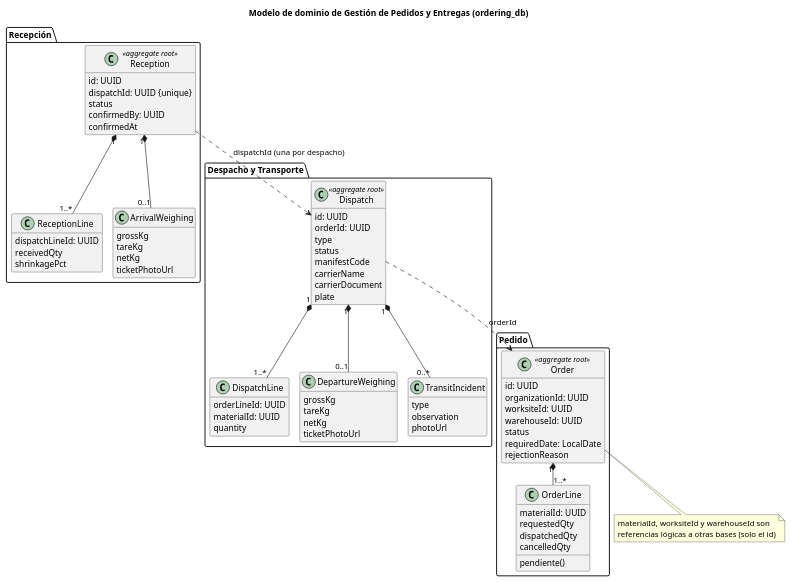
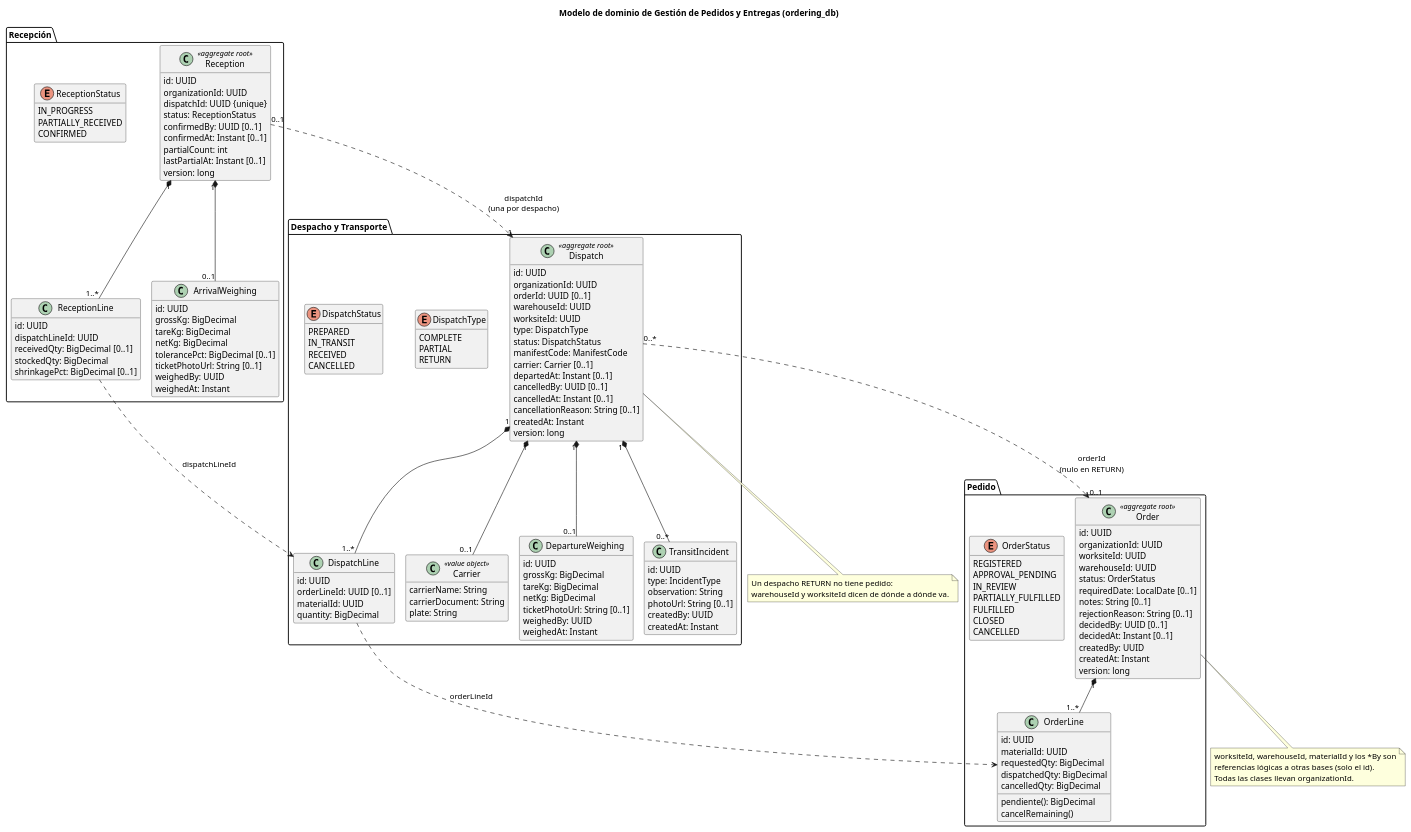
The diagram in docs/report-figures/src/24-modelo-dominio-pedidos.puml (upc-pre-202620-1asi0657-9222-BobBuilder/buildshield-platform), drawn with PlantUML before and after one commit. The commit also changed 1 other file, not shown here.

Commit message:
docs(report-figures): align ordering domain model with corrected erd

```diff
--- a/docs/report-figures/src/24-modelo-dominio-pedidos.puml
+++ b/docs/report-figures/src/24-modelo-dominio-pedidos.puml
@@ -1,82 +1,148 @@
 @startuml 24-modelo-dominio-pedidos
 !pragma layout smetana
 skinparam defaultFontName Arial
 skinparam classAttributeIconSize 0
 hide empty members
 title Modelo de dominio de Gestión de Pedidos y Entregas (ordering_db)
 package "Pedido" {
   class Order <<aggregate root>> {
     id: UUID
     organizationId: UUID
     worksiteId: UUID
     warehouseId: UUID
-    status
-    requiredDate: LocalDate
-    rejectionReason
+    status: OrderStatus
+    requiredDate: LocalDate [0..1]
+    notes: String [0..1]
+    rejectionReason: String [0..1]
+    decidedBy: UUID [0..1]
+    decidedAt: Instant [0..1]
+    createdBy: UUID
+    createdAt: Instant
+    version: long
   }
   class OrderLine {
+    id: UUID
     materialId: UUID
-    requestedQty
-    dispatchedQty
-    cancelledQty
-    pendiente()
+    requestedQty: BigDecimal
+    dispatchedQty: BigDecimal
+    cancelledQty: BigDecimal
+    pendiente(): BigDecimal
+    cancelRemaining()
+  }
+  enum OrderStatus {
+    REGISTERED
+    APPROVAL_PENDING
+    IN_REVIEW
+    PARTIALLY_FULFILLED
+    FULFILLED
+    CLOSED
+    CANCELLED
   }
 }
 package "Despacho y Transporte" {
   class Dispatch <<aggregate root>> {
     id: UUID
-    orderId: UUID
-    type
-    status
-    manifestCode
-    carrierName
-    carrierDocument
-    plate
+    organizationId: UUID
+    orderId: UUID [0..1]
+    warehouseId: UUID
+    worksiteId: UUID
+    type: DispatchType
+    status: DispatchStatus
+    manifestCode: ManifestCode
+    carrier: Carrier [0..1]
+    departedAt: Instant [0..1]
+    cancelledBy: UUID [0..1]
+    cancelledAt: Instant [0..1]
+    cancellationReason: String [0..1]
+    createdAt: Instant
+    version: long
+  }
+  class Carrier <<value object>> {
+    carrierName: String
+    carrierDocument: String
+    plate: String
   }
   class DispatchLine {
-    orderLineId: UUID
+    id: UUID
+    orderLineId: UUID [0..1]
     materialId: UUID
-    quantity
+    quantity: BigDecimal
   }
   class DepartureWeighing {
-    grossKg
-    tareKg
-    netKg
-    ticketPhotoUrl
+    id: UUID
+    grossKg: BigDecimal
+    tareKg: BigDecimal
+    netKg: BigDecimal
+    ticketPhotoUrl: String [0..1]
+    weighedBy: UUID
+    weighedAt: Instant
   }
   class TransitIncident {
-    type
-    observation
-    photoUrl
+    id: UUID
+    type: IncidentType
+    observation: String
+    photoUrl: String [0..1]
+    createdBy: UUID
+    createdAt: Instant
+  }
+  enum DispatchType {
+    COMPLETE
+    PARTIAL
+    RETURN
+  }
+  enum DispatchStatus {
+    PREPARED
+    IN_TRANSIT
+    RECEIVED
+    CANCELLED
   }
 }
 package "Recepción" {
   class Reception <<aggregate root>> {
     id: UUID
+    organizationId: UUID
     dispatchId: UUID {unique}
-    status
-    confirmedBy: UUID
-    confirmedAt
+    status: ReceptionStatus
+    confirmedBy: UUID [0..1]
+    confirmedAt: Instant [0..1]
+    partialCount: int
+    lastPartialAt: Instant [0..1]
+    version: long
   }
   class ReceptionLine {
+    id: UUID
     dispatchLineId: UUID
-    receivedQty
-    shrinkagePct
+    receivedQty: BigDecimal [0..1]
+    stockedQty: BigDecimal
+    shrinkagePct: BigDecimal [0..1]
   }
   class ArrivalWeighing {
-    grossKg
-    tareKg
-    netKg
-    ticketPhotoUrl
+    id: UUID
+    grossKg: BigDecimal
+    tareKg: BigDecimal
+    netKg: BigDecimal
+    tolerancePct: BigDecimal [0..1]
+    ticketPhotoUrl: String [0..1]
+    weighedBy: UUID
+    weighedAt: Instant
+  }
+  enum ReceptionStatus {
+    IN_PROGRESS
+    PARTIALLY_RECEIVED
+    CONFIRMED
   }
 }
 Order "1" *-- "1..*" OrderLine
 Dispatch "1" *-- "1..*" DispatchLine
+Dispatch "1" *-- "0..1" Carrier
 Dispatch "1" *-- "0..1" DepartureWeighing
 Dispatch "1" *-- "0..*" TransitIncident
 Reception "1" *-- "1..*" ReceptionLine
 Reception "1" *-- "0..1" ArrivalWeighing
-Dispatch ..> Order : orderId
-Reception ..> Dispatch : dispatchId (una por despacho)
-note bottom of Order : materialId, worksiteId y warehouseId son\nreferencias lógicas a otras bases (solo el id)
+Dispatch "0..*" ..> "0..1" Order : orderId\n(nulo en RETURN)
+DispatchLine ..> OrderLine : orderLineId
+Reception "0..1" ..> "1" Dispatch : dispatchId\n(una por despacho)
+ReceptionLine ..> DispatchLine : dispatchLineId
+note bottom of Order : worksiteId, warehouseId, materialId y los *By son\nreferencias lógicas a otras bases (solo el id).\nTodas las clases llevan organizationId.
+note bottom of Dispatch : Un despacho RETURN no tiene pedido:\nwarehouseId y worksiteId dicen de dónde a dónde va.
 @enduml
```
